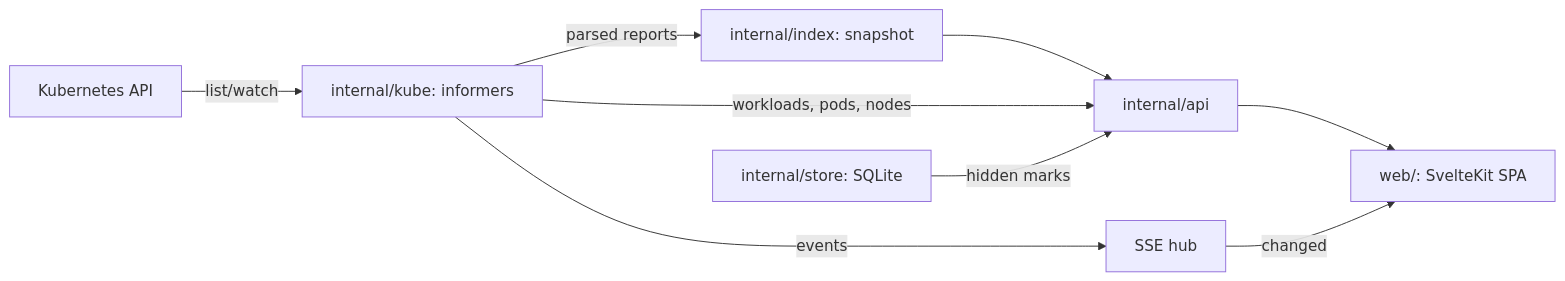
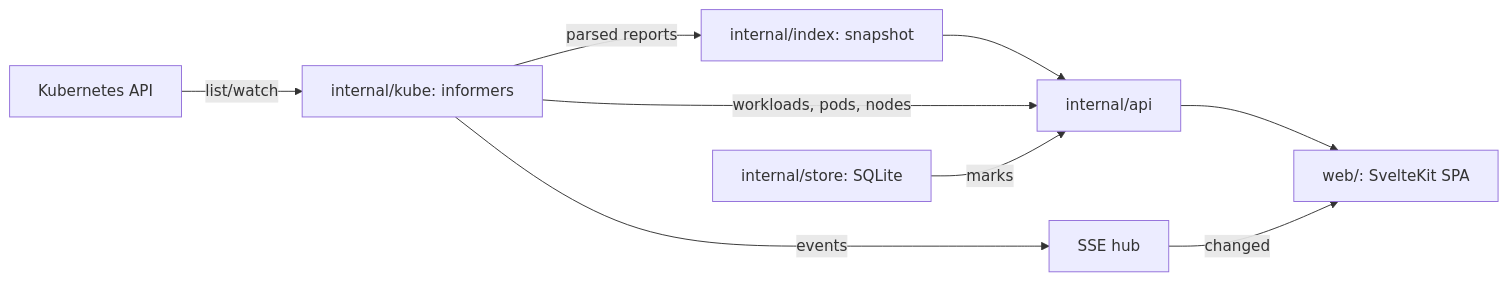
The diagram in docs/architecture.md (mnorrsken/trivyal), drawn with Mermaid before and after one commit. The commit also changed other lines of this file and 50 other files, not shown here.

````diff
--- a/docs/architecture.md
+++ b/docs/architecture.md
@@ -3,11 +3,11 @@
 ```mermaid
 flowchart LR
   API[Kubernetes API] -->|list/watch| Cache[internal/kube: informers]
   Cache -->|parsed reports| Index[internal/index: snapshot]
   Cache -->|events| Hub[SSE hub]
   Index --> Handlers[internal/api]
   Cache -->|workloads, pods, nodes| Handlers
-  Store[internal/store: SQLite] -->|hidden marks| Handlers
+  Store[internal/store: SQLite] -->|marks| Handlers
   Handlers --> UI[web/: SvelteKit SPA]
   Hub -->|changed| UI
 ```
````
